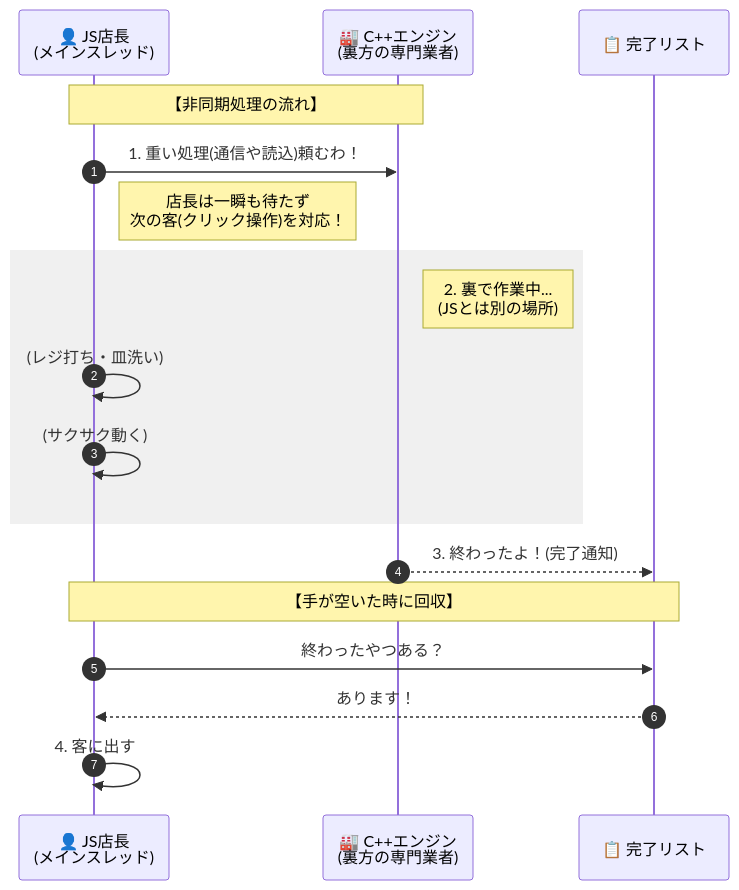
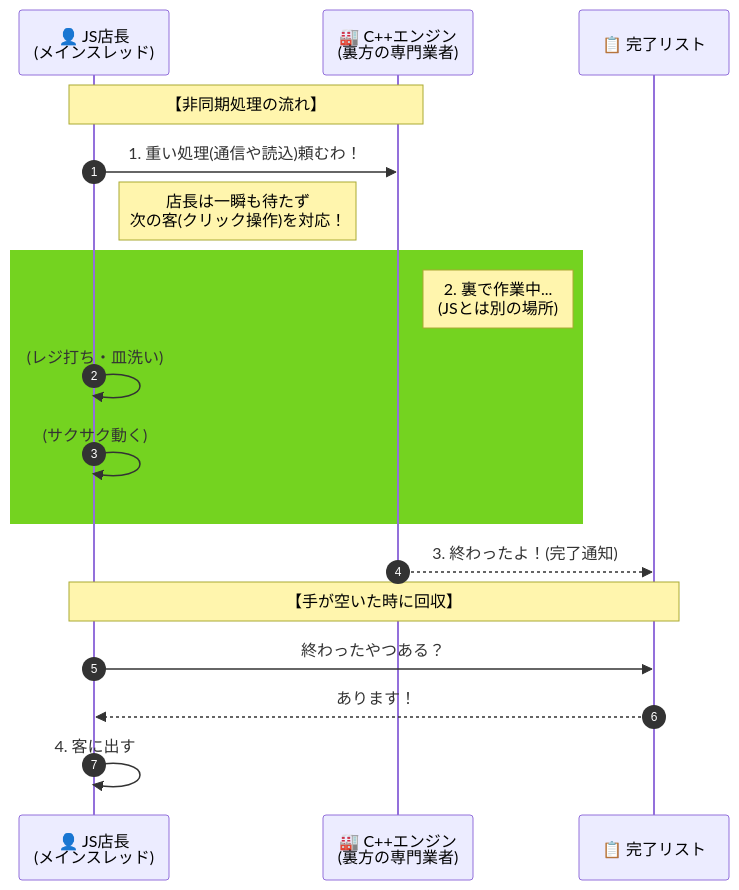
Before and after one commit to komiyamma/site_ichika_study_async_await_fetch: the second of 6 diagrams in D01.md, drawn with Mermaid.

Commit message:
fix: D01.mdのシーケンス図の色を修正 D01.mdのシーケンス図において、矩形の色を変更しました。具体的には、RGBからRGBA形式に変更し、色を緑色に設定しました。

````diff
--- a/D01.md
+++ b/D01.md
@@ -184,24 +184,24 @@
 ```mermaid
 sequenceDiagram
     autonumber
     participant JS as 👤 JS店長<br>(メインスレッド)
     participant Engine as 🏭 C++エンジン<br>(裏方の専門業者)
     participant Queue as 📋 完了リスト
 
     Note over JS, Engine: 【非同期処理の流れ】
     JS->>Engine: 1. 重い処理(通信や読込)頼むわ！
     Note right of JS: 店長は一瞬も待たず<br>次の客(クリック操作)を対応！
     
-    rect rgb(240, 240, 240)
+    rect rgba(116, 211, 32, 1)
         Note right of Engine: 2. 裏で作業中...<br>(JSとは別の場所)
         JS->>JS: (レジ打ち・皿洗い)
         JS->>JS: (サクサク動く)
     end
     
     Engine-->>Queue: 3. 終わったよ！(完了通知)
     
     Note over JS, Queue: 【手が空いた時に回収】
     JS->>Queue: 終わったやつある？
     Queue-->>JS: あります！
     JS->>JS: 4. 客に出す
 ```
````
